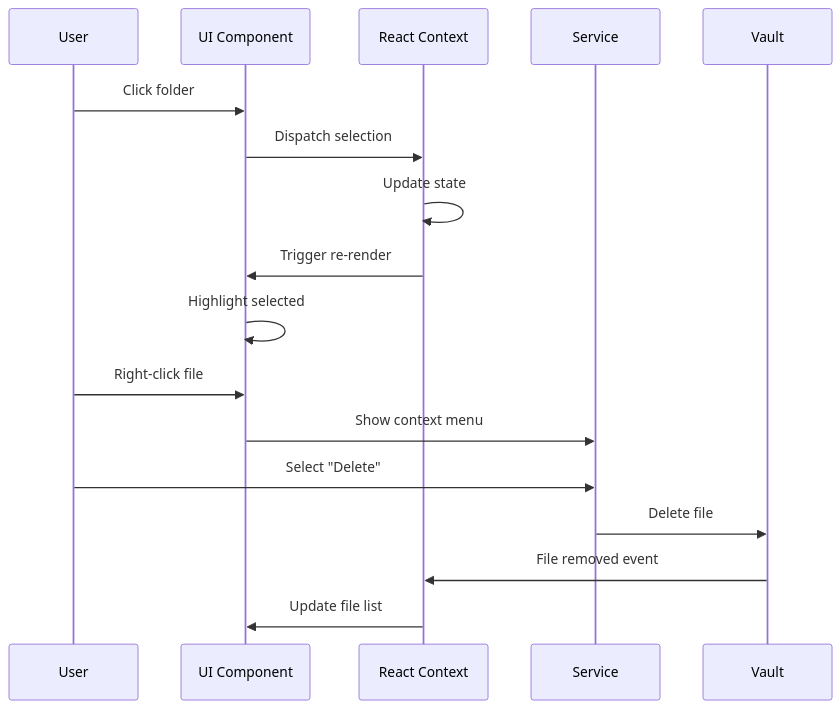
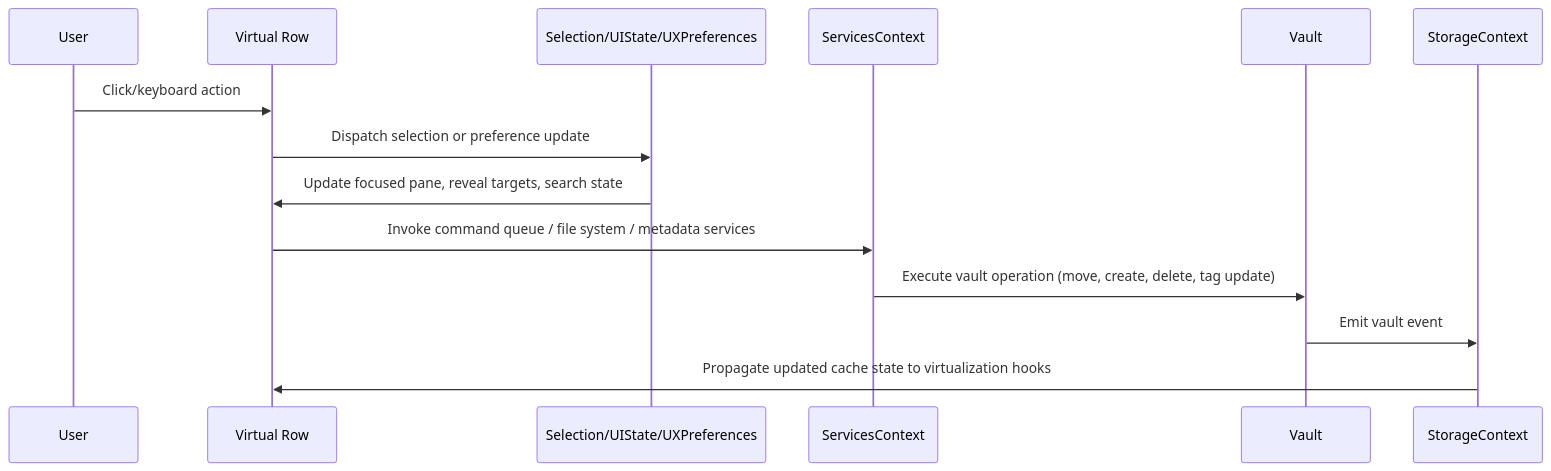
Before and after one commit to psxvoid/notebook-navigator: the fourth of 4 diagrams in docs/rendering-architecture.md, drawn with Mermaid. The commit also changed other lines of this file and 3 other files, not shown here.

````diff
--- a/docs/rendering-architecture.md
+++ b/docs/rendering-architecture.md
@@ -539,21 +458,17 @@
 ```mermaid
 sequenceDiagram
     participant U as User
-    participant UI as UI Component
-    participant CTX as React Context
-    participant SVC as Service
+    participant UI as Virtual Row
+    participant CTX as Selection/UIState/UXPreferences
+    participant SVC as ServicesContext
     participant V as Vault
+    participant ST as StorageContext
 
-    U->>UI: Click folder
-    UI->>CTX: Dispatch selection
-    CTX->>CTX: Update state
-    CTX->>UI: Trigger re-render
-    UI->>UI: Highlight selected
-
-    U->>UI: Right-click file
-    UI->>SVC: Show context menu
-    U->>SVC: Select "Delete"
-    SVC->>V: Delete file
-    V->>CTX: File removed event
-    CTX->>UI: Update file list
+    U->>UI: Click/keyboard action
+    UI->>CTX: Dispatch selection or preference update
+    CTX->>UI: Update focused pane, reveal targets, search state
+    UI->>SVC: Invoke command queue / file system / metadata services
+    SVC->>V: Execute vault operation (move, create, delete, tag update)
+    V->>ST: Emit vault event
+    ST->>UI: Propagate updated cache state to virtualization hooks
 ```
````
